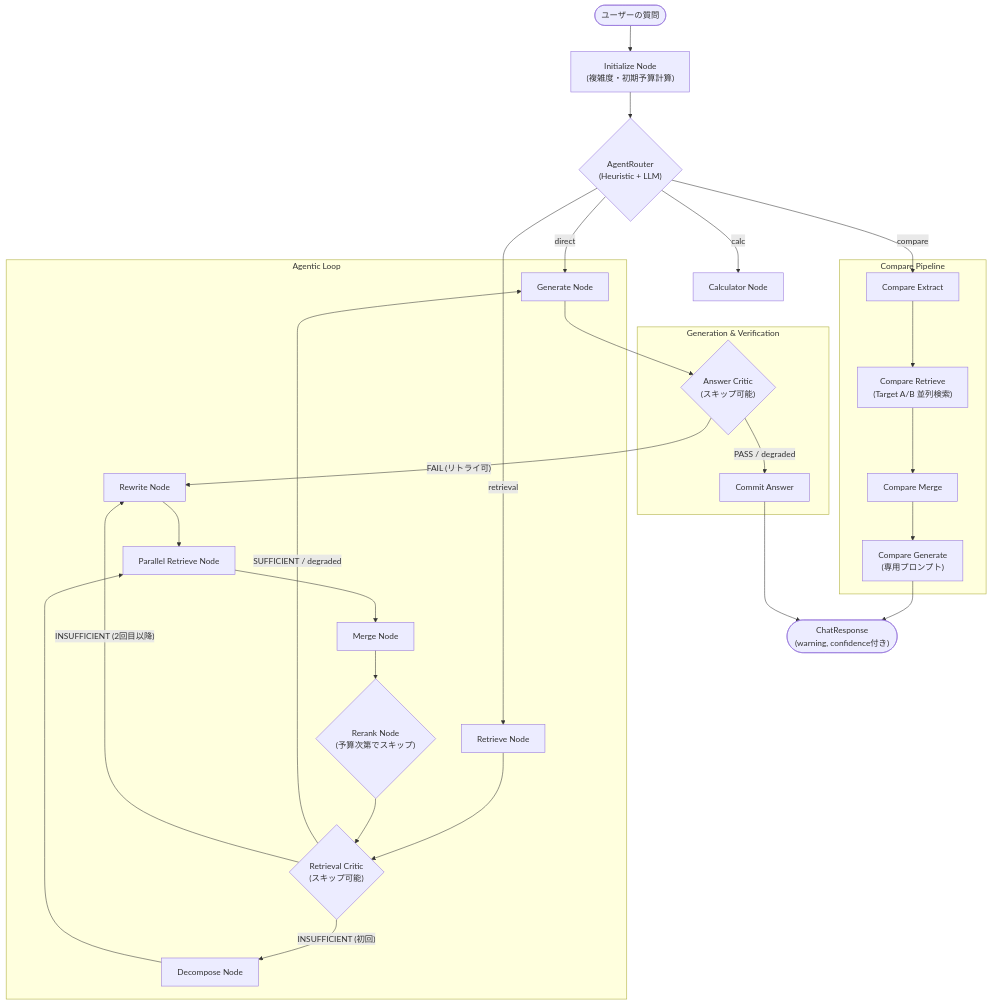
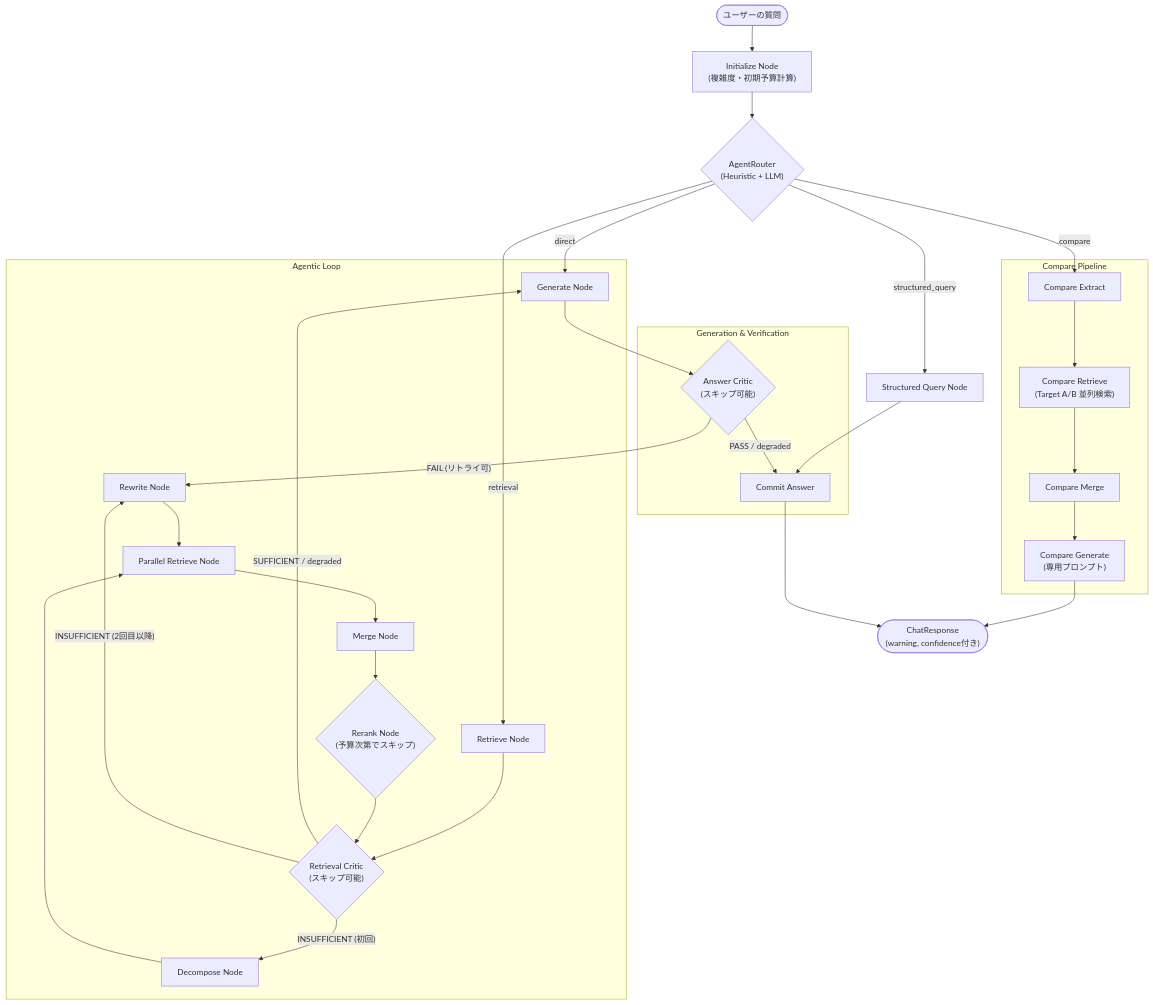
Before and after one commit to mlprototype/ai-agent-rag: the diagram in docs/phase3-agentic-retrieval-v2.md, drawn with Mermaid. The commit also changed other lines of this file and 26 other files, not shown here.

````diff
--- a/docs/phase3-agentic-retrieval-v2.md
+++ b/docs/phase3-agentic-retrieval-v2.md
@@ -42,43 +42,44 @@
 ```mermaid
 flowchart TD
     Start(["ユーザーの質問"]) --> Init["Initialize Node\n(複雑度・初期予算計算)"]
     Init --> Router{"AgentRouter\n(Heuristic + LLM)"}
 
-    Router -->|"calc"| Calc["Calculator Node"]
     Router -->|"direct"| Gen["Generate Node"]
+    Router -->|"structured_query"| SQ["Structured Query Node"]
     Router -->|"compare"| CompEx["Compare Extract"]
     Router -->|"retrieval"| R0
+    SQ --> Commit
 
     %% Compare 専用フロー
     subgraph Compare Pipeline
         CompEx --> CompRet["Compare Retrieve\n(Target A/B 並列検索)"]
         CompRet --> CompMerge["Compare Merge"]
         CompMerge --> CompGen["Compare Generate\n(専用プロンプト)"]
     end
     CompGen --> End
 
     %% 通常の Agentic RAG フロー
     subgraph Agentic Loop
         R0["Retrieve Node"] --> RC0{"Retrieval Critic\n(スキップ可能)"}
         
         RC0 -->|"SUFFICIENT / degraded"| Gen
         RC0 -->|"INSUFFICIENT (初回)"| Decompose["Decompose Node"]
         RC0 -->|"INSUFFICIENT (2回目以降)"| Rewrite["Rewrite Node"]
 
         Decompose --> PR["Parallel Retrieve Node"]
         Rewrite --> PR
 
         PR --> Merge["Merge Node"]
         Merge --> Rerank{"Rerank Node\n(予算次第でスキップ)"}
         Rerank --> RC0
     end
 
     %% 生成・最終評価
     subgraph Generation & Verification
         Gen --> AC{"Answer Critic\n(スキップ可能)"}
         AC -->|"PASS / degraded"| Commit["Commit Answer"]
         AC -->|"FAIL (リトライ可)"| Rewrite
     end
 
     Commit --> End(["ChatResponse\n(warning, confidence付き)"])
 ```
````
